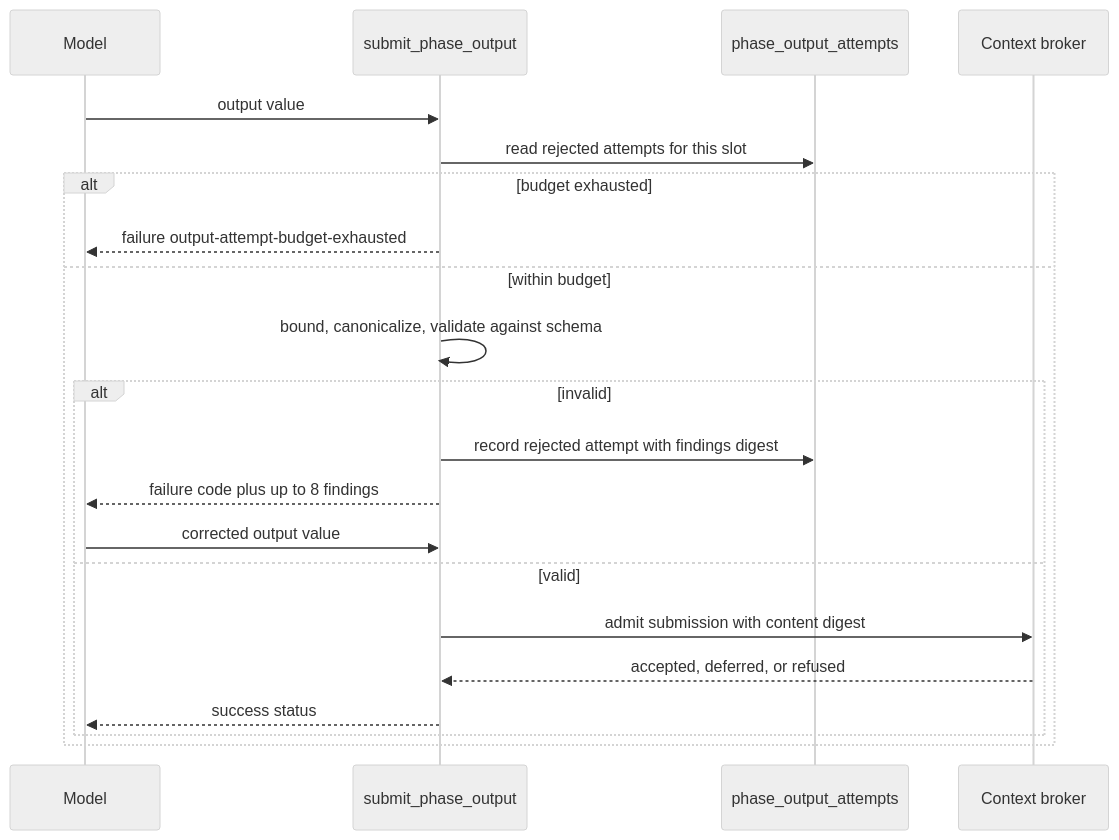
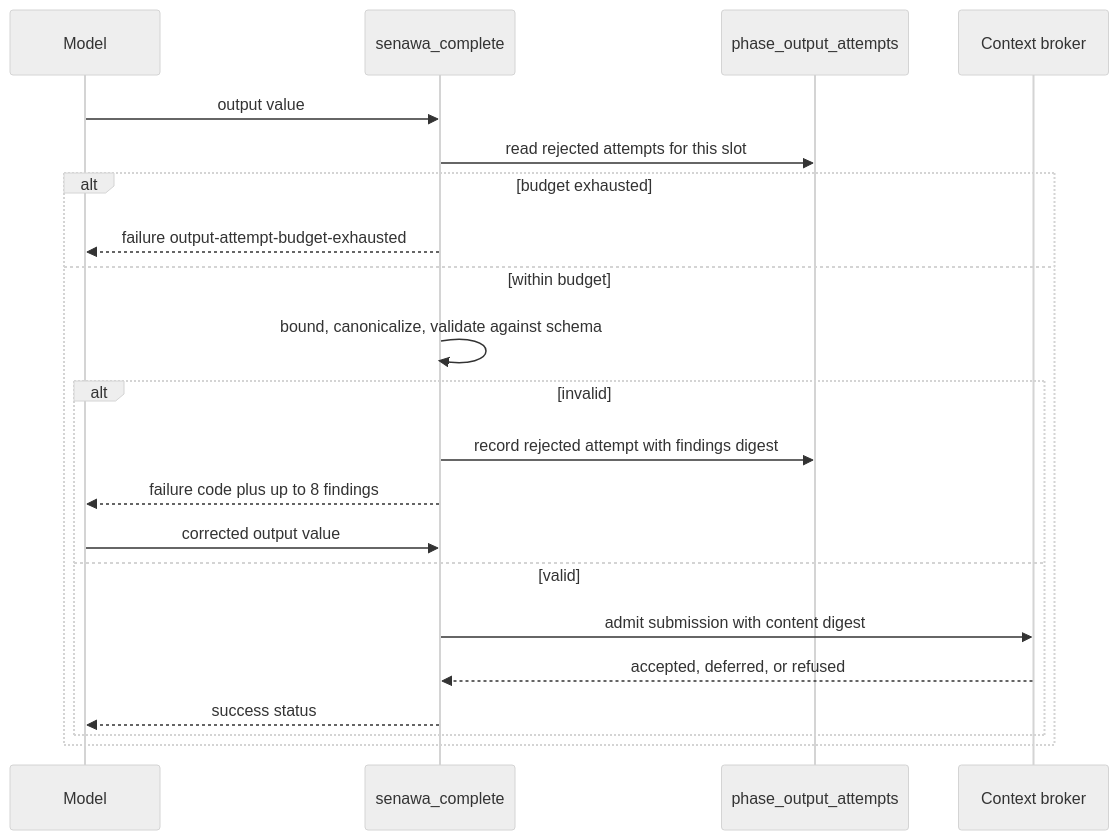
One commit to dasiths/senawa changed the second of 2 diagrams in docs/design/dataflow.md. Above: the diagram before and after it, drawn with Mermaid (neutral theme). The commit also changed other lines of this file and 12 other files, not shown here.

First line of the commit message:
feat(execution-host)!: replace two submission tools with senawa_complete

````diff
--- a/docs/design/dataflow.md
+++ b/docs/design/dataflow.md
@@ -154,24 +154,24 @@
 ```mermaid
 sequenceDiagram
     participant Model
-    participant Tool as submit_phase_output
+    participant Tool as senawa_complete
     participant Ledger as phase_output_attempts
     participant Broker as Context broker
 
     Model->>Tool: output value
     Tool->>Ledger: read rejected attempts for this slot
     alt budget exhausted
         Tool-->>Model: failure output-attempt-budget-exhausted
     else within budget
         Tool->>Tool: bound, canonicalize, validate against schema
         alt invalid
             Tool->>Ledger: record rejected attempt with findings digest
             Tool-->>Model: failure code plus up to 8 findings
             Model->>Tool: corrected output value
         else valid
             Tool->>Broker: admit submission with content digest
             Broker-->>Tool: accepted, deferred, or refused
             Tool-->>Model: success status
         end
     end
 ```
````
